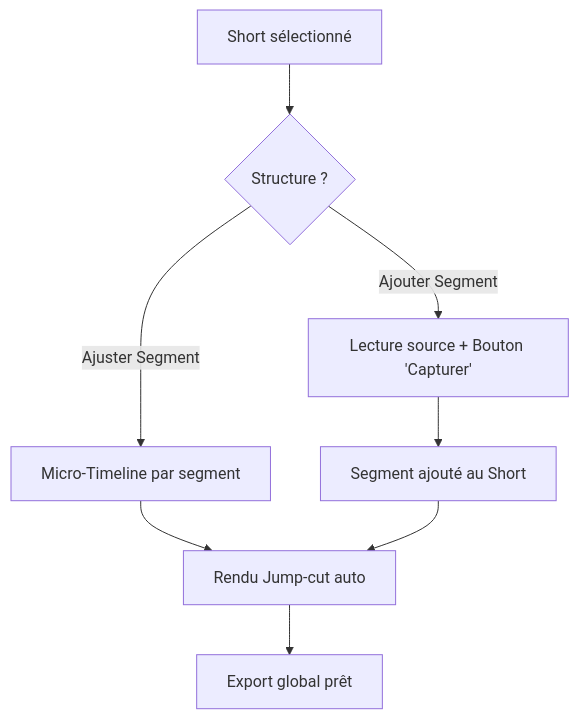
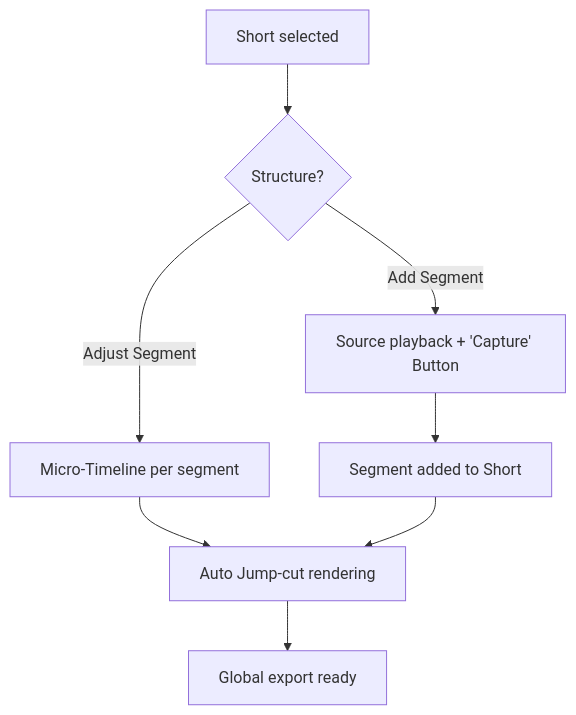
Before and after one commit to binomed/youtube-shorter-gemini: the second of 2 diagrams in _bmad-output/planning-artifacts/ux-design-specification.md, drawn with Mermaid. The commit also changed other lines of this file and 23 other files, not shown here.

Commit message:
feat: implement reactive job system and architectural consolidation

````diff
--- a/_bmad-output/planning-artifacts/ux-design-specification.md
+++ b/_bmad-output/planning-artifacts/ux-design-specification.md
@@ -73,10 +73,10 @@
 ```mermaid
 graph TD
-    A[Short sélectionné] --> B{Structure ?}
-    B -- Ajuster Segment --> C[Micro-Timeline par segment]
-    B -- Ajouter Segment --> D[Lecture source + Bouton 'Capturer']
-    D --> E[Segment ajouté au Short]
-    C --> F[Rendu Jump-cut auto]
+    A[Short selected] --> B{Structure?}
+    B -- Adjust Segment --> C[Micro-Timeline per segment]
+    B -- Add Segment --> D[Source playback + 'Capture' Button]
+    D --> E[Segment added to Short]
+    C --> F[Auto Jump-cut rendering]
     E --> F
-    F --> G[Export global prêt]
+    F --> G[Global export ready]
 ```
````
